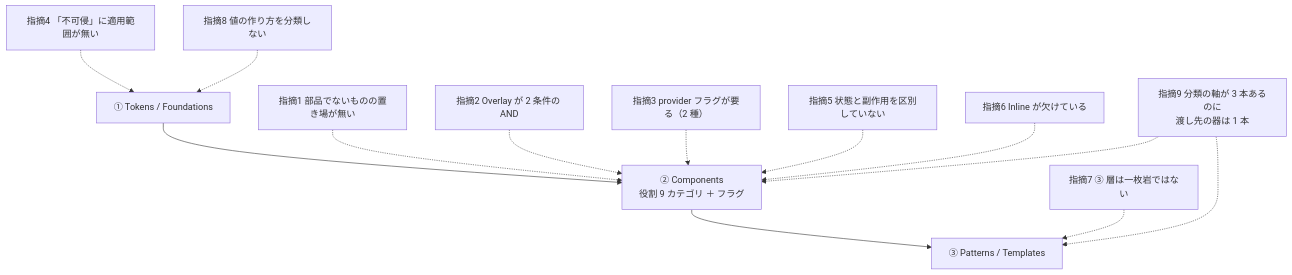
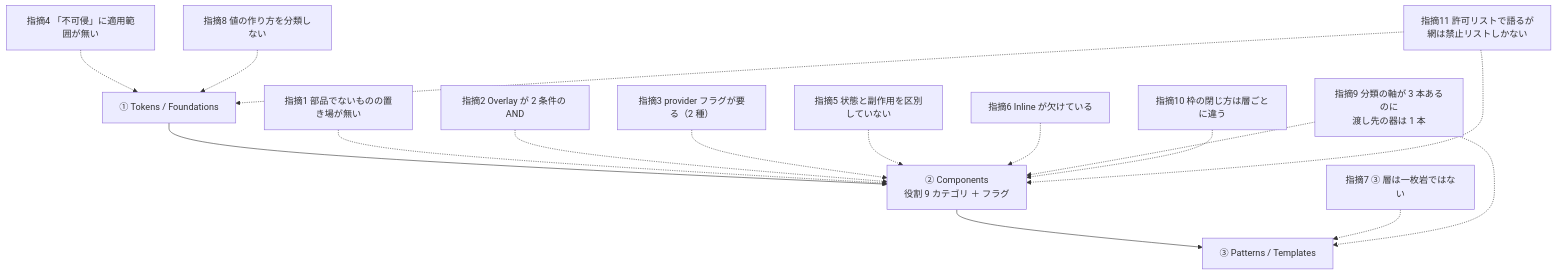
Before and after one commit to yatami0/design: the diagram in docs/共通コンポーネント思想への指摘.md, drawn with Mermaid. The commit also changed other lines of this file and 24 other files, not shown here.

````diff
--- a/docs/共通コンポーネント思想への指摘.md
+++ b/docs/共通コンポーネント思想への指摘.md
@@ -311,19 +358,22 @@
 ```mermaid
 flowchart TD
   T1["① Tokens / Foundations"]
   T2["② Components<br/>役割 9 カテゴリ ＋ フラグ"]
   T3["③ Patterns / Templates"]
 
   T1 --> T2 --> T3
 
   P4["指摘4 「不可侵」に適用範囲が無い"] -.-> T1
   P8["指摘8 値の作り方を分類しない"] -.-> T1
   P1["指摘1 部品でないものの置き場が無い"] -.-> T2
   P2["指摘2 Overlay が 2 条件の AND"] -.-> T2
   P3["指摘3 provider フラグが要る（2 種）"] -.-> T2
   P5["指摘5 状態と副作用を区別していない"] -.-> T2
   P6["指摘6 Inline が欠けている"] -.-> T2
   P7["指摘7 ③ 層は一枚岩ではない"] -.-> T3
   P9["指摘9 分類の軸が 3 本あるのに<br/>渡し先の器は 1 本"] -.-> T2
   P9 -.-> T3
+  P10["指摘10 枠の閉じ方は層ごとに違う"] -.-> T2
+  P11["指摘11 許可リストで語るが<br/>網は禁止リストしかない"] -.-> T1
+  P11 -.-> T2
 ```
````
